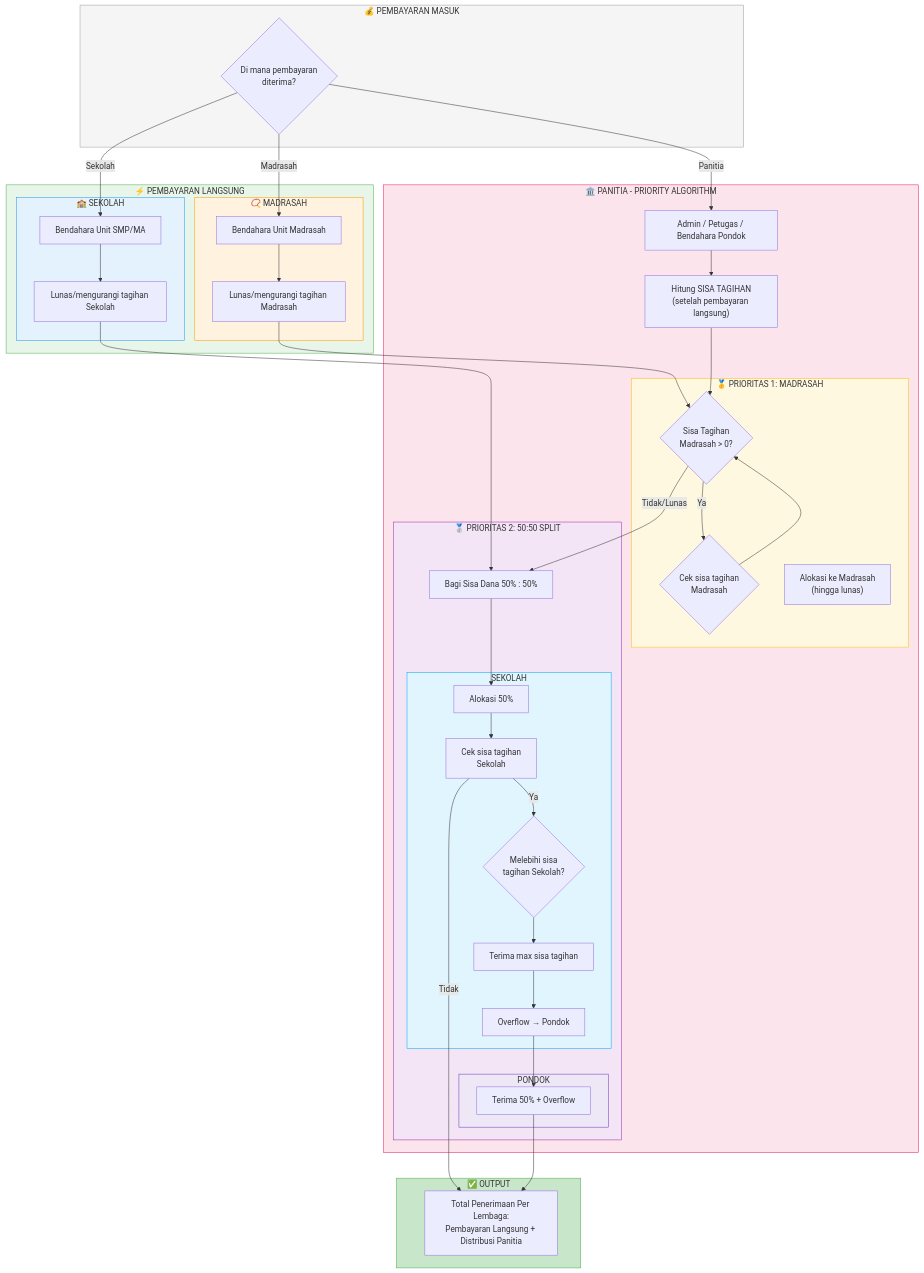
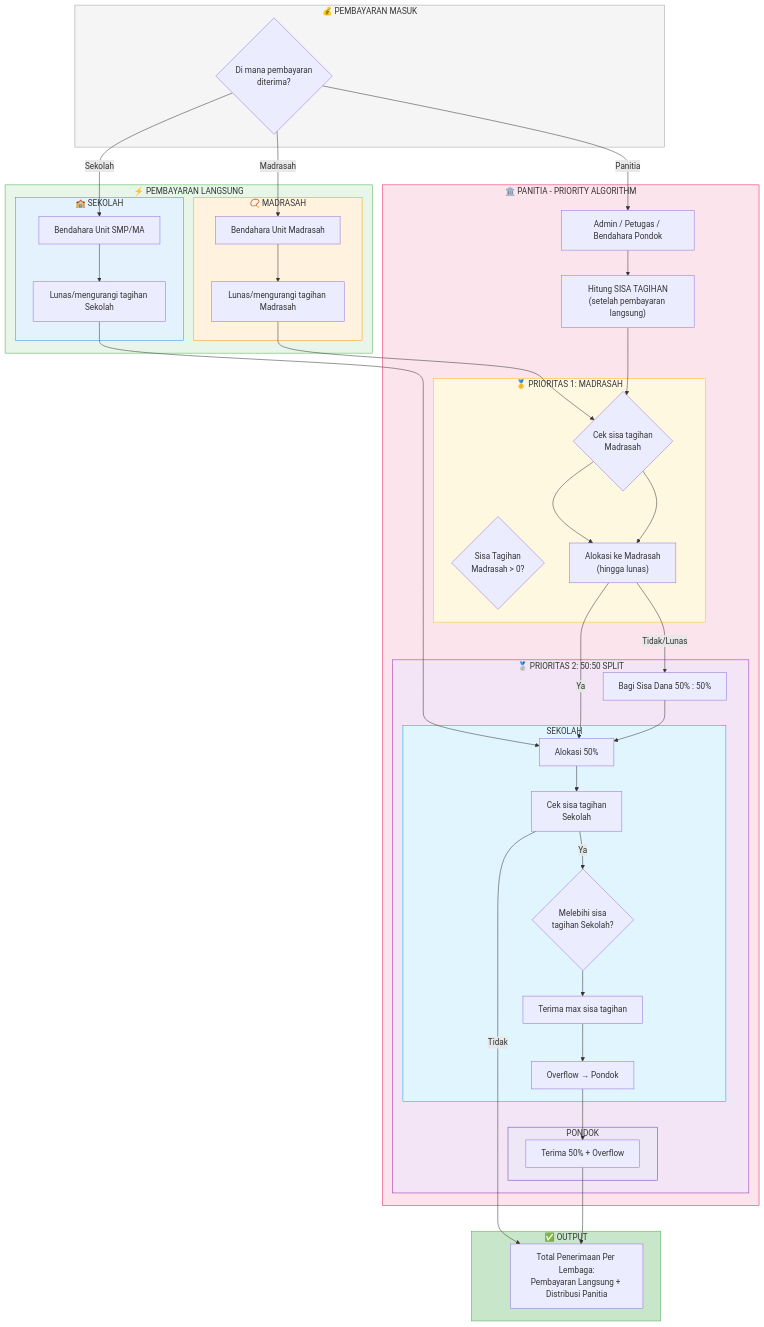
The diagram in docs/PRIORITY_ALGORITHM.md (mfauzanhanif/psb), drawn with Mermaid before and after one commit.

Commit message:
update dokumentasi

````diff
--- a/docs/PRIORITY_ALGORITHM.md
+++ b/docs/PRIORITY_ALGORITHM.md
@@ -14,80 +14,79 @@
 ```mermaid
 flowchart TD
     subgraph INPUT["💰 PEMBAYARAN MASUK"]
         A{"Di mana pembayaran<br/>diterima?"}
     end
 
     subgraph DIRECT["⚡ PEMBAYARAN LANGSUNG"]
         subgraph MADRASAH_DIRECT["📿 MADRASAH"]
             E["Bendahara Unit Madrasah"]
             E1["Lunas/mengurangi tagihan Madrasah"]
         end
         
         subgraph SEKOLAH_DIRECT["🏫 SEKOLAH"]
             H["Bendahara Unit SMP/MA"]
             H1["Lunas/mengurangi tagihan Sekolah"]
         end
     end
 
     subgraph PANITIA["🏛️ PANITIA - PRIORITY ALGORITHM"]
         B["Admin / Petugas / Bendahara Pondok"]
         B1["Hitung SISA TAGIHAN<br/>(setelah pembayaran langsung)"]
         
         subgraph PRIORITY1["🥇 PRIORITAS 1: MADRASAH"]
             C{"Sisa Tagihan<br/>Madrasah > 0?"}
             C1{"Cek sisa tagihan<br/>Madrasah"}
             C2["Alokasi ke Madrasah<br/>(hingga lunas)"]
         end
         
         subgraph PRIORITY2["🥈 PRIORITAS 2: 50:50 SPLIT"]
             D["Bagi Sisa Dana 50% : 50%"]
             
             subgraph SEKOLAH_SPLIT["SEKOLAH"]
                 D1["Alokasi 50%"]
                 D2["Cek sisa tagihan<br/>Sekolah"]
                 D3{"Melebihi sisa<br/>tagihan Sekolah?"}
                 D4["Terima max sisa tagihan"]
                 D5["Overflow → Pondok"]
             end
             
             subgraph PONDOK_SPLIT["PONDOK"]
                 D6["Terima 50% + Overflow"]
             end
         end
     end
 
     subgraph OUTPUT["✅ OUTPUT"]
         N["Total Penerimaan Per Lembaga:<br/>Pembayaran Langsung + Distribusi Panitia"]
     end
 
     A -->|Madrasah| E
     A -->|Sekolah| H
     A -->|Panitia| B
     
-    E --> E1 --> C
-    H --> H1 --> D
+    E --> E1 --> C1 --> C2
+    H --> H1 --> D1
     
-    B --> B1 --> C
-    C -->|Ya| C1
-    C1 --> C
-    C -->|Tidak/Lunas| D
+    B --> B1 --> C1 --> C2
+    C2 -->|Ya| D1
+    C2 -->|Tidak/Lunas| D
     
     D --> D1
     D1 --> D2
     D2 -->|Ya| D3 --> D4
     D2 -->|Tidak| N
     D4 --> D5
     D5 --> D6
     D6 --> N
 
     style INPUT fill:#f5f5f5,stroke:#9e9e9e
     style DIRECT fill:#e8f5e9,stroke:#4caf50
     style MADRASAH_DIRECT fill:#fff3e0,stroke:#ff9800
     style SEKOLAH_DIRECT fill:#e3f2fd,stroke:#2196f3
     style PANITIA fill:#fce4ec,stroke:#e91e63
     style PRIORITY1 fill:#fff8e1,stroke:#ffc107
     style PRIORITY2 fill:#f3e5f5,stroke:#9c27b0
     style SEKOLAH_SPLIT fill:#e1f5fe,stroke:#03a9f4
     style PONDOK_SPLIT fill:#ede7f6,stroke:#673ab7
     style OUTPUT fill:#c8e6c9,stroke:#4caf50
 ```
````
